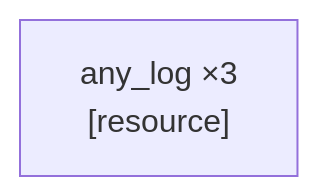
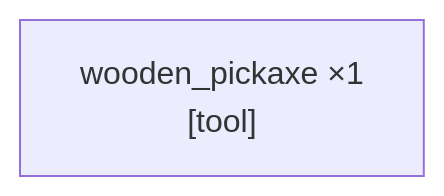
Before and after one commit to tomfenno/embodied-intelligence-minecraft: the diagram in achievement_hunter/current_graphs.md, drawn with Mermaid. The commit also changed other lines of this file and 6 other files, not shown here.

````diff
--- a/achievement_hunter/current_graphs.md
+++ b/achievement_hunter/current_graphs.md
@@ -29,4 +16,4 @@
 ```mermaid
 graph LR
-    any_log["any_log ×3<br/>[resource]"]
+    wooden_pickaxe["wooden_pickaxe ×1<br/>[tool]"]
 ```
````
